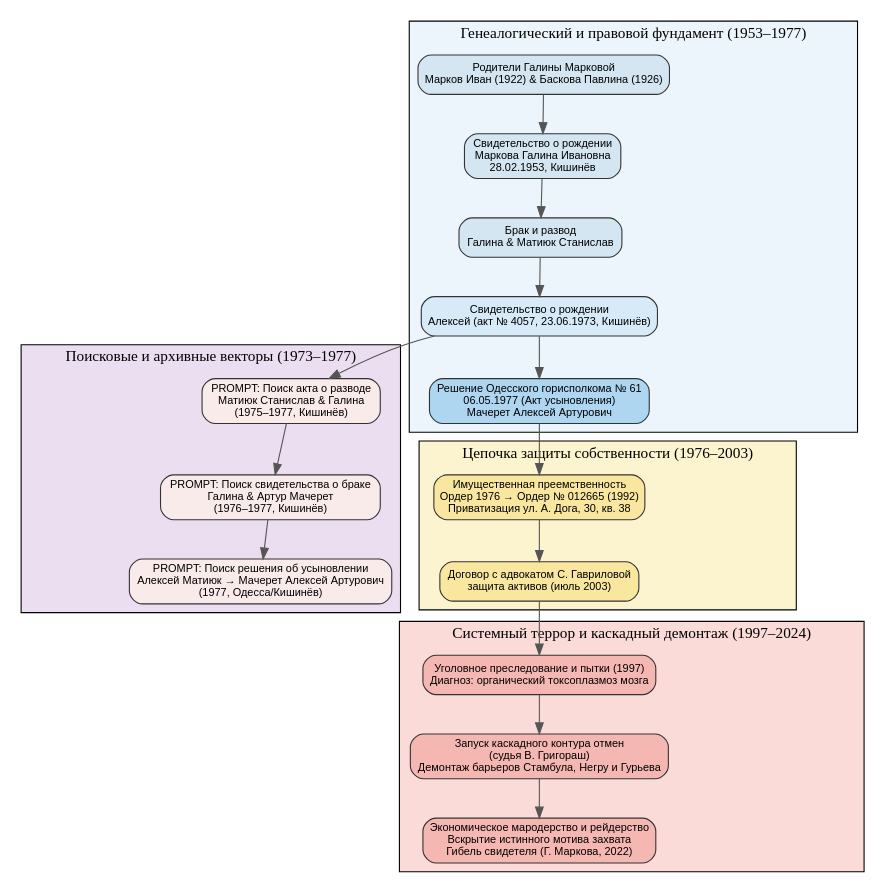
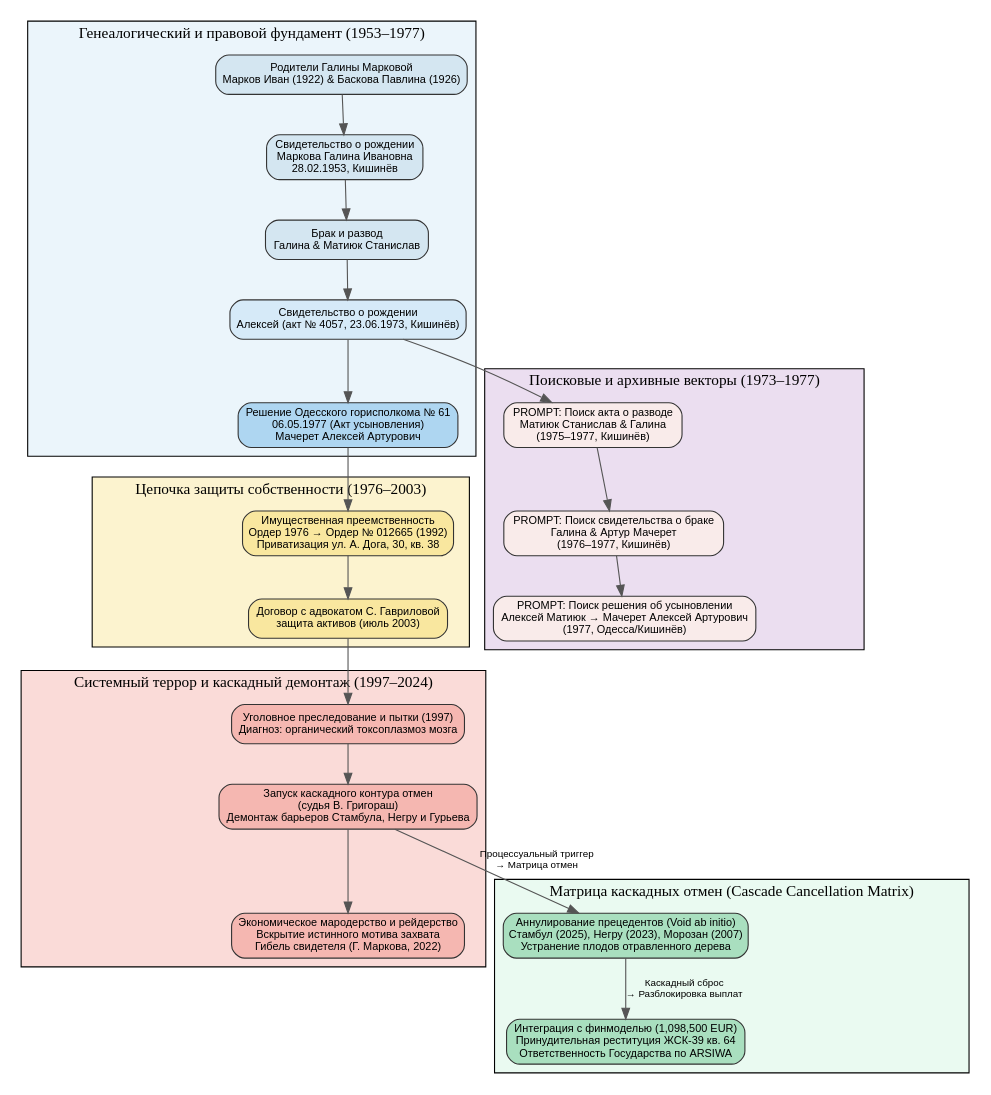
One commit to arhiv1973b/apostille-mirror changed the diagram in TI_ULA_Master.dot. Above: the diagram before and after it, drawn with Graphviz. The commit also changed 4 other files, not shown here.

First line of the commit message:
feat(matrix): add CASCADE_CANCELLATION_MATRIX.yaml and update TI_ULA_Master.dot [v10.0.0]

```diff
--- a/TI_ULA_Master.dot
+++ b/TI_ULA_Master.dot
@@ -1,66 +1,80 @@
 digraph TI_ULA_Master {
     rankdir=TB;
     node [shape=box, style="rounded,filled", fontname="Arial", fontsize=10, fillcolor="#FDFEFE", color="#333333"];
     edge [fontname="Arial", fontsize=9, color="#555555"];
 
     // --- Генетика и правовой фундамент ---
     subgraph cluster_genetics {
         label = "Генеалогический и правовой фундамент (1953–1977)";
         style=filled;
         fillcolor="#EBF5FB";
 
         PARENT_LINEAGE [label="Родители Галины Марковой\nМарков Иван (1922) & Баскова Павлина (1926)", fillcolor="#D4E6F1"];
         BIRTH_GALINA [label="Свидетельство о рождении\nМаркова Галина Ивановна\n28.02.1953, Кишинёв", fillcolor="#D4E6F1"];
         MARRIAGE_PARENTS [label="Брак и развод\nГалина & Матиюк Станислав", fillcolor="#D4E6F1"];
         CHILD_REGISTRATION_BIRTH_CERTIFICATE_1973 [label="Свидетельство о рождении\nАлексей (акт № 4057, 23.06.1973, Кишинёв)", fillcolor="#D6EAF8"];
         ADOPTION_ACT_1977 [label="Решение Одесского горисполкома № 61\n06.05.1977 (Акт усыновления)\nМачерет Алексей Артурович", fillcolor="#AED6F1"];
 
         PARENT_LINEAGE -> BIRTH_GALINA;
         BIRTH_GALINA -> MARRIAGE_PARENTS;
         MARRIAGE_PARENTS -> CHILD_REGISTRATION_BIRTH_CERTIFICATE_1973;
         CHILD_REGISTRATION_BIRTH_CERTIFICATE_1973 -> ADOPTION_ACT_1977;
     }
 
     // --- Имущественная цепочка ---
     subgraph cluster_property {
         label = "Цепочка защиты собственности (1976–2003)";
         style=filled;
         fillcolor="#FCF3CF";
 
         PROPERTY_CHAIN [label="Имущественная преемственность\nОрдер 1976 → Ордер № 012665 (1992)\nПриватизация ул. А. Дога, 30, кв. 38", fillcolor="#F9E79F"];
         DEFENSE_2003 [label="Договор с адвокатом С. Гавриловой\nзащита активов (июль 2003)", fillcolor="#F9E79F"];
 
         ADOPTION_ACT_1977 -> PROPERTY_CHAIN;
         PROPERTY_CHAIN -> DEFENSE_2003;
     }
 
     // --- Репрессии и каскадный демонтаж ---
     subgraph cluster_repression {
         label = "Системный террор и каскадный демонтаж (1997–2024)";
         style=filled;
         fillcolor="#FADBD8";
 
         TORMENT_1997 [label="Уголовное преследование и пытки (1997)\nДиагноз: органический токсоплазмоз мозга", fillcolor="#F5B7B1"];
         GRIGORAS_CASCADE_TRIGGER [label="Запуск каскадного контура отмен\n(судья В. Григораш)\nДемонтаж барьеров Стамбула, Негру и Гурьева", fillcolor="#F5B7B1"];
         ECONOMIC_MARAUDING [label="Экономическое мародерство и рейдерство\nВскрытие истинного мотива захвата\nГибель свидетеля (Г. Маркова, 2022)", fillcolor="#F5B7B1"];
 
         DEFENSE_2003 -> TORMENT_1997;
         TORMENT_1997 -> GRIGORAS_CASCADE_TRIGGER;
         GRIGORAS_CASCADE_TRIGGER -> ECONOMIC_MARAUDING;
     }
 
+    // --- Матрица каскадных отмен ---
+    subgraph cluster_cancellation_matrix {
+        label = "Матрица каскадных отмен (Cascade Cancellation Matrix)";
+        style=filled;
+        fillcolor="#EAFAF1";
+
+        VOID_RULINGS [label="Аннулирование прецедентов (Void ab initio)\nСтамбул (2025), Негру (2023), Морозан (2007)\nУстранение плодов отравленного дерева", fillcolor="#A9DFBF"];
+        FINANCIAL_ENFORCEMENT [label="Интеграция с финмоделью (1,098,500 EUR)\nПринудительная реституция ЖСК-39 кв. 64\nОтветственность Государства по ARSIWA", fillcolor="#A9DFBF"];
+
+        VOID_RULINGS -> FINANCIAL_ENFORCEMENT [label="Каскадный сброс\n→ Разблокировка выплат"];
+    }
+
+    GRIGORAS_CASCADE_TRIGGER -> VOID_RULINGS [label="Процессуальный триггер\n→ Матрица отмен"];
+
     // --- Поисковые и архивные векторы ---
     subgraph cluster_prompts {
         label = "Поисковые и архивные векторы (1973–1977)";
         style=filled;
         fillcolor="#EBDEF0";
 
         DIVORCE_SEARCH_PROMPT [label="PROMPT: Поиск акта о разводе\nМатиюк Станислав & Галина\n(1975–1977, Кишинёв)", fillcolor="#F9EBEA"];
         MARRIAGE_SEARCH_PROMPT [label="PROMPT: Поиск свидетельства о браке\nГалина & Артур Мачерет\n(1976–1977, Кишинёв)", fillcolor="#F9EBEA"];
         ADOPTION_REASON_SEARCH_PROMPT [label="PROMPT: Поиск решения об усыновлении\nАлексей Матиюк → Мачерет Алексей Артурович\n(1977, Одесса/Кишинёв)", fillcolor="#F9EBEA"];
 
         CHILD_REGISTRATION_BIRTH_CERTIFICATE_1973 -> DIVORCE_SEARCH_PROMPT;
         DIVORCE_SEARCH_PROMPT -> MARRIAGE_SEARCH_PROMPT;
         MARRIAGE_SEARCH_PROMPT -> ADOPTION_REASON_SEARCH_PROMPT;
     }
 }
```
